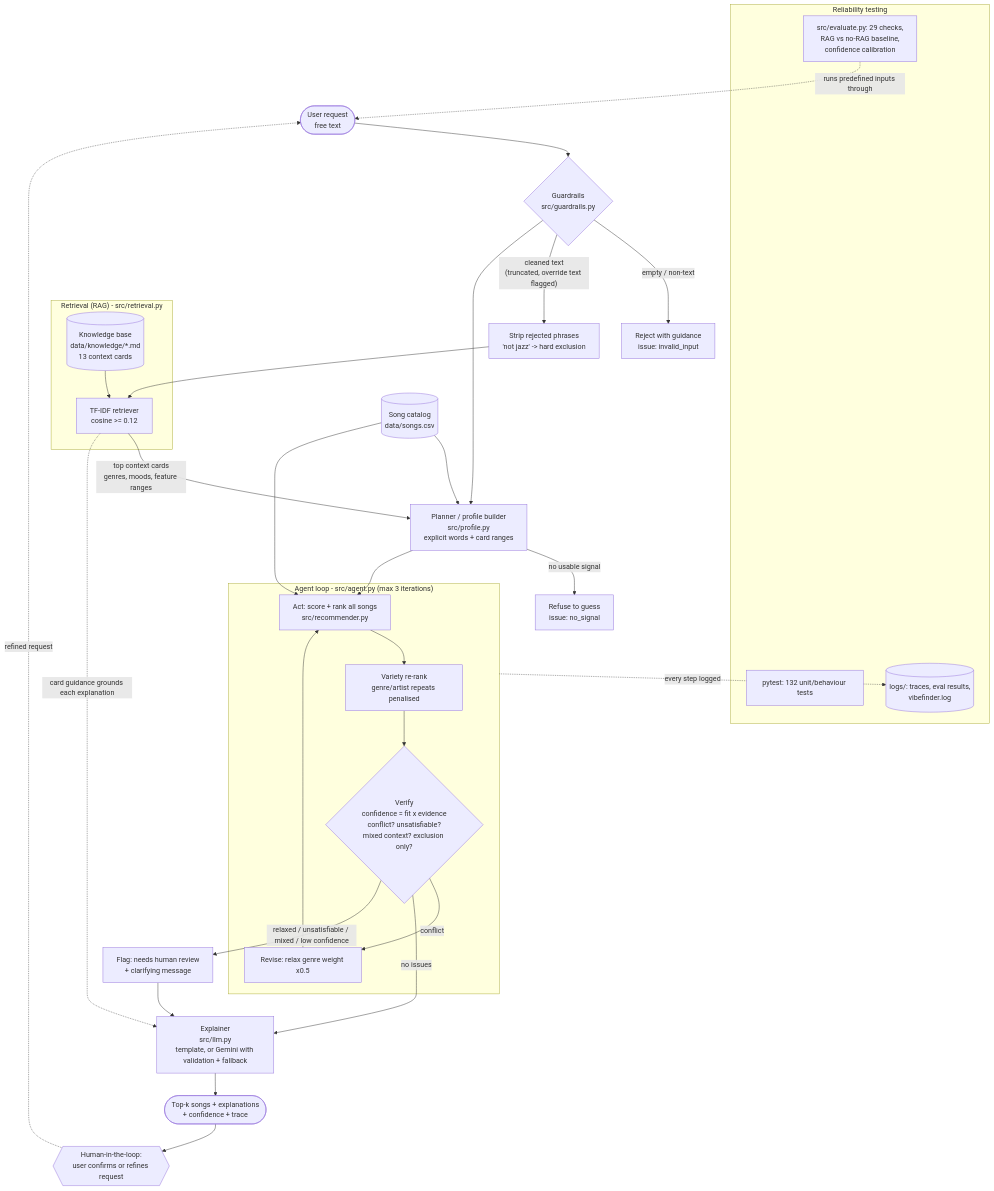
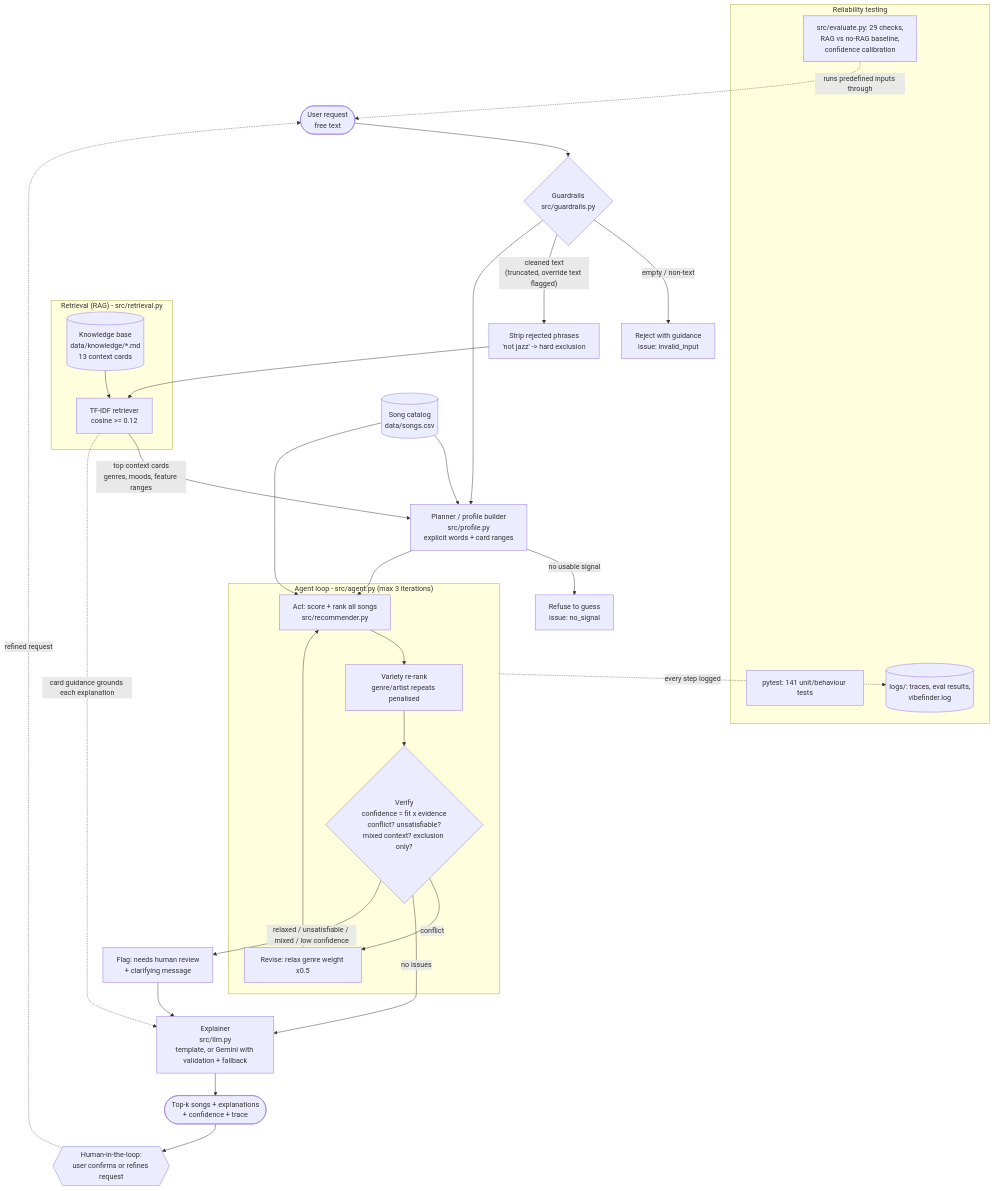
The diagram in diagrams/architecture.md (hassan47khan/applied-ai-system-project), drawn with Mermaid before and after one commit. The commit also changed 7 other files, not shown here.

````diff
--- a/diagrams/architecture.md
+++ b/diagrams/architecture.md
@@ -3,46 +3,46 @@
 ```mermaid
 flowchart TD
     U([User request<br/>free text]) --> G{Guardrails<br/>src/guardrails.py}
     G -- "empty / non-text" --> RJ[Reject with guidance<br/>issue: invalid_input]
     G -- "cleaned text<br/>(truncated, override text flagged)" --> NEG[Strip rejected phrases<br/>'not jazz' -> hard exclusion]
 
     subgraph RAG["Retrieval (RAG) - src/retrieval.py"]
         KB[(Knowledge base<br/>data/knowledge/*.md<br/>13 context cards)]
         R[TF-IDF retriever<br/>cosine >= 0.12]
         KB --> R
     end
     NEG --> R
 
     CAT[(Song catalog<br/>data/songs.csv)] --> P
     R -- "top context cards<br/>genres, moods, feature ranges" --> P[Planner / profile builder<br/>src/profile.py<br/>explicit words + card ranges]
     G --> P
 
     P -- "no usable signal" --> NS[Refuse to guess<br/>issue: no_signal]
 
     subgraph AGENT["Agent loop - src/agent.py (max 3 iterations)"]
         A[Act: score + rank all songs<br/>src/recommender.py]
         D[Variety re-rank<br/>genre/artist repeats penalised]
         V{Verify<br/>confidence = fit x evidence<br/>conflict? unsatisfiable?<br/>mixed context? exclusion only?}
         RV[Revise: relax genre weight x0.5]
         A --> D --> V
         V -- "conflict" --> RV --> A
     end
     P --> A
     CAT --> A
 
     V -- "no issues" --> E[Explainer<br/>src/llm.py<br/>template, or Gemini with validation + fallback]
     V -- "relaxed / unsatisfiable / mixed / low confidence" --> HR[Flag: needs human review<br/>+ clarifying message]
     HR --> E
     R -. "card guidance grounds each explanation" .-> E
     E --> OUT([Top-k songs + explanations<br/>+ confidence + trace])
     OUT --> H{{Human-in-the-loop:<br/>user confirms or refines request}}
     H -. "refined request" .-> U
 
     subgraph TESTING["Reliability testing"]
-        T1[pytest: 132 unit/behaviour tests]
+        T1[pytest: 141 unit/behaviour tests]
         T2[src/evaluate.py: 29 checks,<br/>RAG vs no-RAG baseline,<br/>confidence calibration]
         T3[(logs/: traces, eval results,<br/>vibefinder.log)]
     end
     AGENT -. "every step logged" .-> T3
     T2 -. "runs predefined inputs through" .-> U
 ```
````
